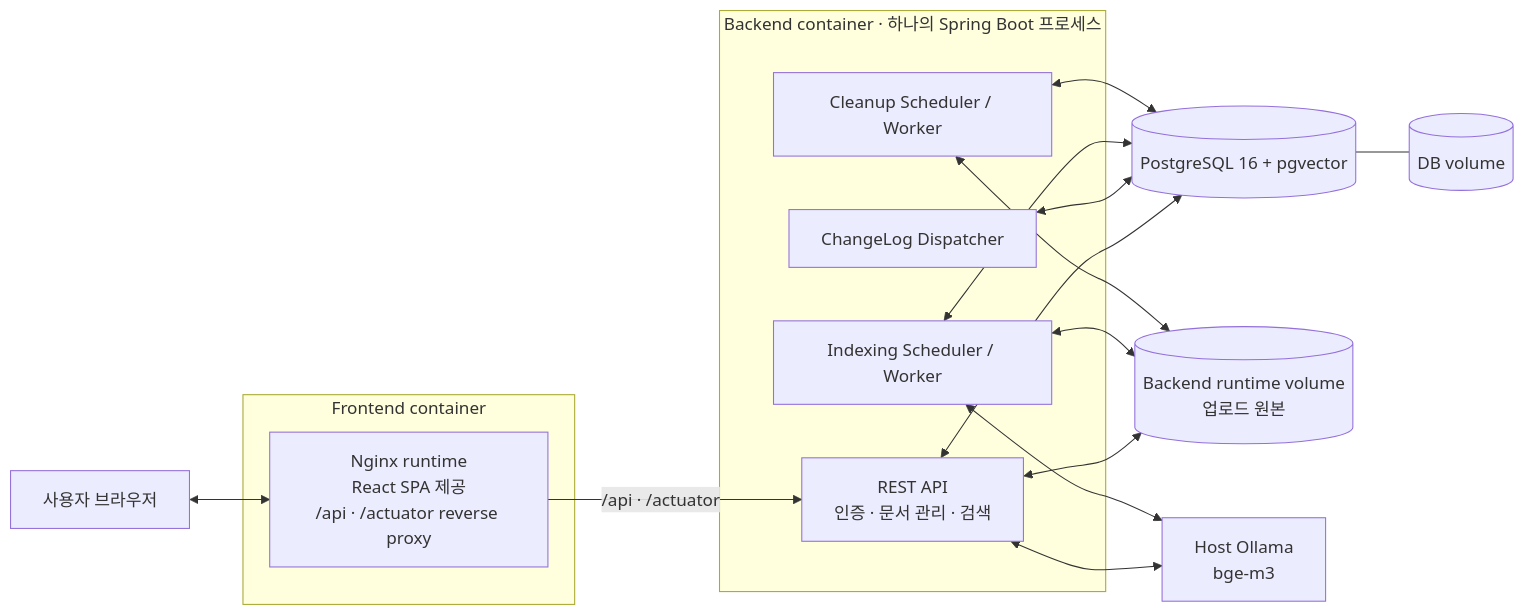
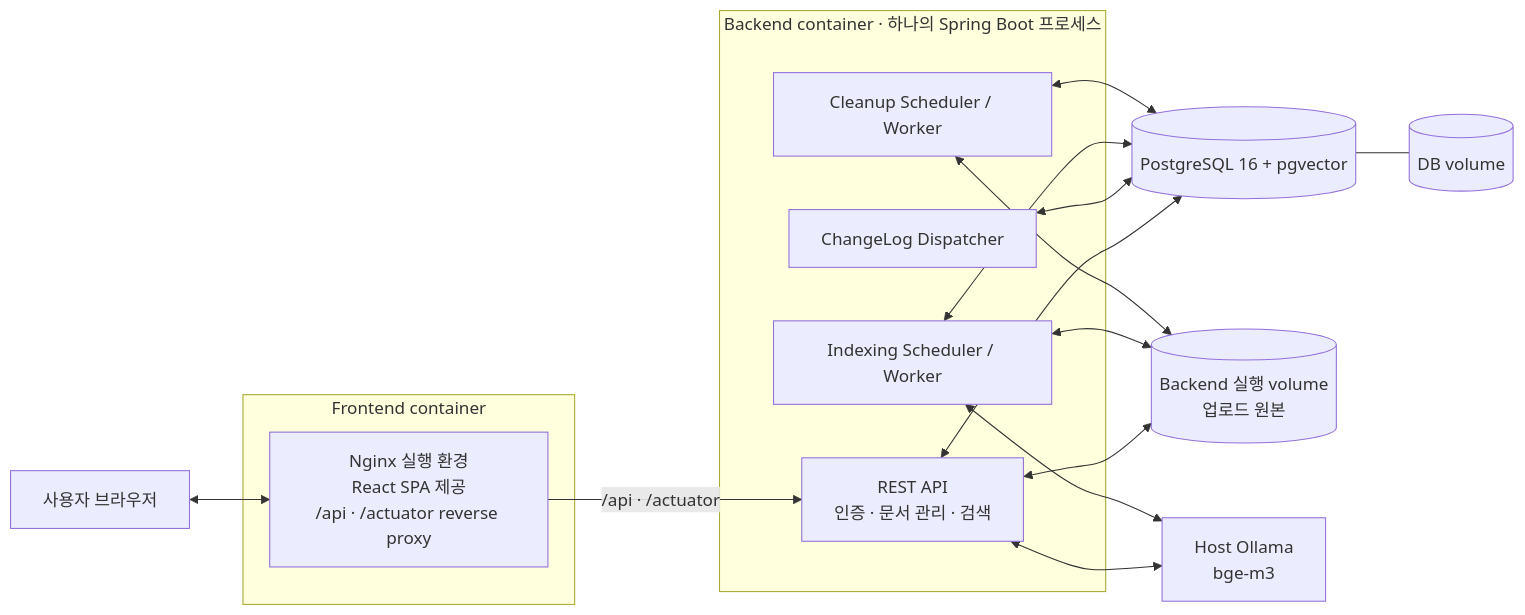
The second of 8 diagrams in docs/architecture.md (jaemin-devlog/PRIZM), drawn with Mermaid before and after one commit. The commit also changed other lines of this file and 10 other files, not shown here.

````diff
--- a/docs/architecture.md
+++ b/docs/architecture.md
@@ -88,33 +88,33 @@
 ```mermaid
 flowchart LR
     U["사용자 브라우저"]
 
     subgraph FE["Frontend container"]
-        N["Nginx runtime<br/>React SPA 제공<br/>/api · /actuator reverse proxy"]
+        N["Nginx 실행 환경<br/>React SPA 제공<br/>/api · /actuator reverse proxy"]
     end
 
     subgraph BE["Backend container · 하나의 Spring Boot 프로세스"]
         API["REST API<br/>인증 · 문서 관리 · 검색"]
         CD["ChangeLog Dispatcher"]
         IW["Indexing Scheduler / Worker"]
         CW["Cleanup Scheduler / Worker"]
     end
 
     DB[("PostgreSQL 16 + pgvector")]
     DV[("DB volume")]
-    FS[("Backend runtime volume<br/>업로드 원본")]
+    FS[("Backend 실행 volume<br/>업로드 원본")]
     O["Host Ollama<br/>bge-m3"]
 
     U <--> N
     N -->|"/api · /actuator"| API
     API <--> DB
     API <--> FS
     API <--> O
     CD <--> DB
     IW <--> DB
     IW <--> FS
     IW <--> O
     CW <--> DB
     CW <--> FS
     DB --- DV
 ```
````
